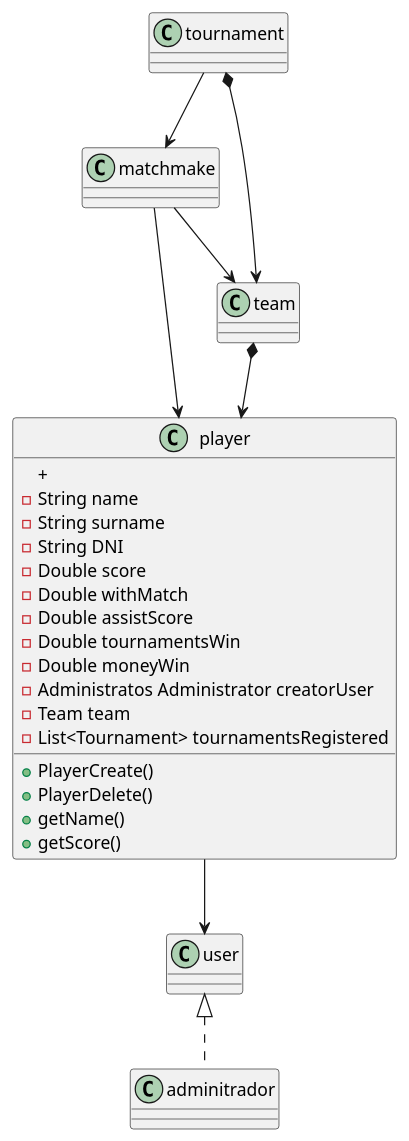
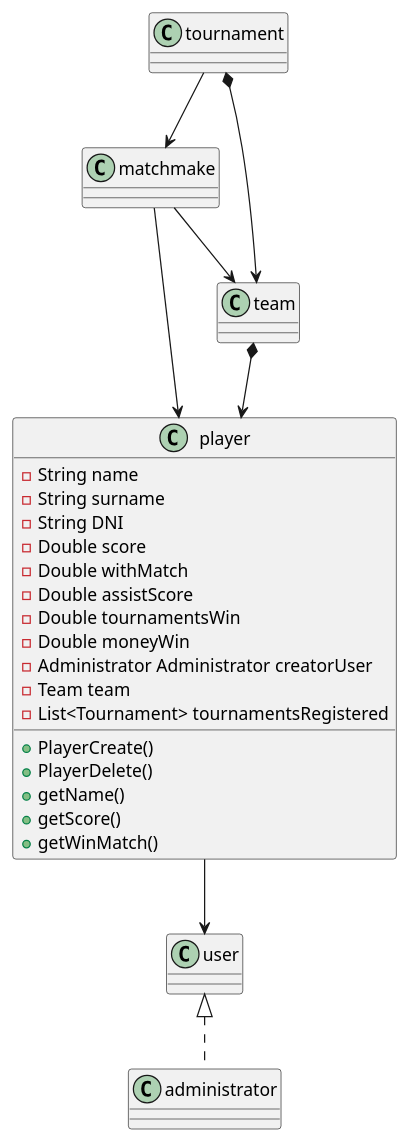
Before and after one commit to CarrotAsh/SportsManagement: the diagram in src/Class Diagram.puml, drawn with PlantUML.

Commit message:
fixed typos

```diff
--- a/src/Class Diagram.puml
+++ b/src/Class Diagram.puml
@@ -1,55 +1,55 @@
 @startuml
 
 class tournament{
 
 
 }
 
 class player{
    + PlayerCreate()
    + PlayerDelete()
    + getName()
    + getScore()
-   +
+   + getWinMatch()
    - String name
    - String surname
    - String DNI
    - Double score
    - Double withMatch
    - Double assistScore
    - Double tournamentsWin
    - Double moneyWin
-   - Administratos Administrator creatorUser
+   - Administrator Administrator creatorUser
    - Team team
    - List<Tournament> tournamentsRegistered
 }
 
 class matchmake{
 
 
 }
 
 class team{
 
 
 }
 
 class user{
 
 
 }
 
-class adminitrador{
+class administrator{
 
 
 }
 
 tournament *-down-> team
 team *-down-> player
 player -down-> user
 tournament -down-> matchmake
 matchmake -down-> team
 matchmake -down-> player
-user <|.down. adminitrador
+user <|.down. administrator
 
 @enduml
```
